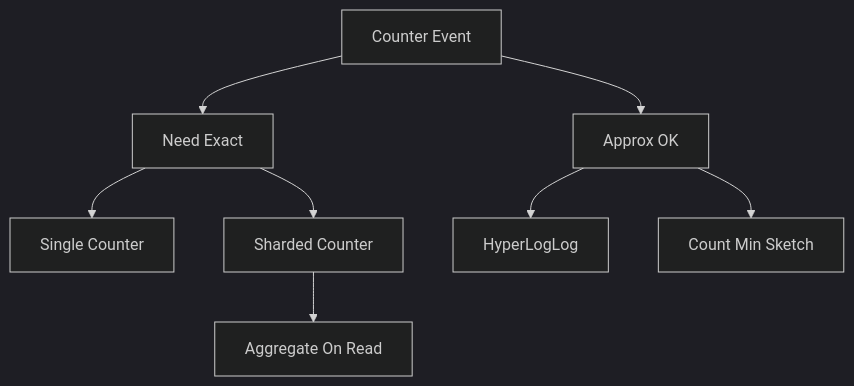
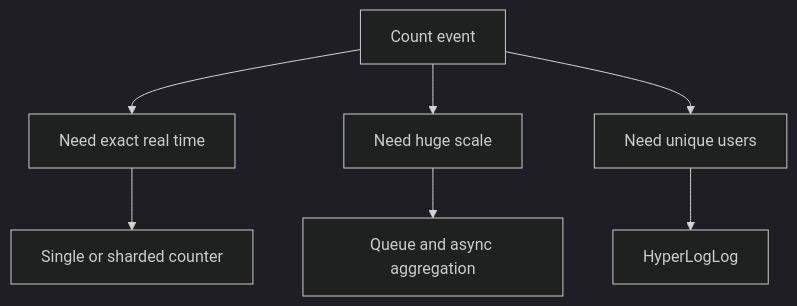
Before and after one commit to mthaiseer/springcloud-systemdesign-notes: diagram 11 of 16 in HLD_NOTES/002_TYPES_OF_INTERVIEWS/000_All_types_quick_reference.md, drawn with Mermaid (dark theme). The commit also changed other lines of this file and 1 other file, not shown here.

````diff
--- a/HLD_NOTES/002_TYPES_OF_INTERVIEWS/000_All_types_quick_reference.md
+++ b/HLD_NOTES/002_TYPES_OF_INTERVIEWS/000_All_types_quick_reference.md
@@ -775,10 +1390,16 @@
 ```mermaid
 flowchart TD
-  A[Counter Event] --> B[Need Exact]
-  B --> C[Single Counter]
-  B --> D[Sharded Counter]
-  A --> E[Approx OK]
-  E --> F[HyperLogLog]
-  E --> G[Count Min Sketch]
-  D --> H[Aggregate On Read]
+  A[Count event]
+  B[Need exact real time]
+  C[Need huge scale]
+  D[Need unique users]
+  E[Single or sharded counter]
+  F[Queue and async aggregation]
+  G[HyperLogLog]
+  A --> B
+  A --> C
+  A --> D
+  B --> E
+  C --> F
+  D --> G
 ```
````
